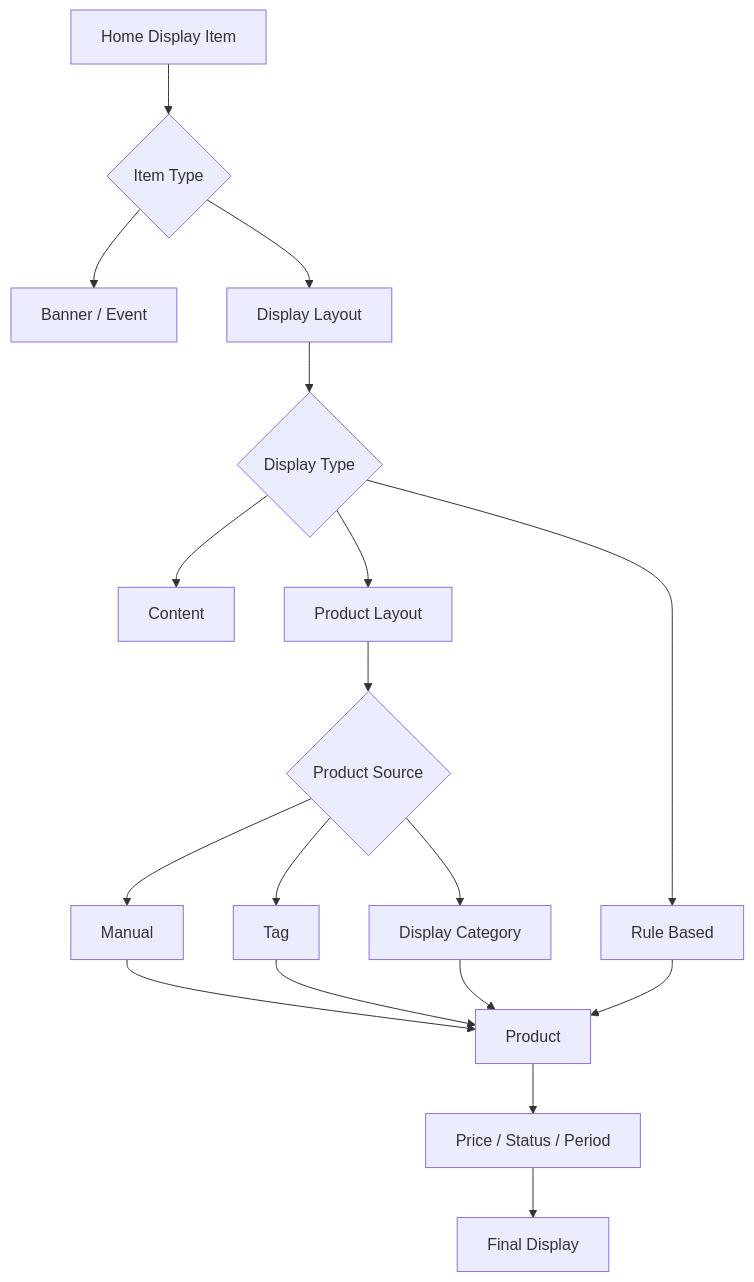
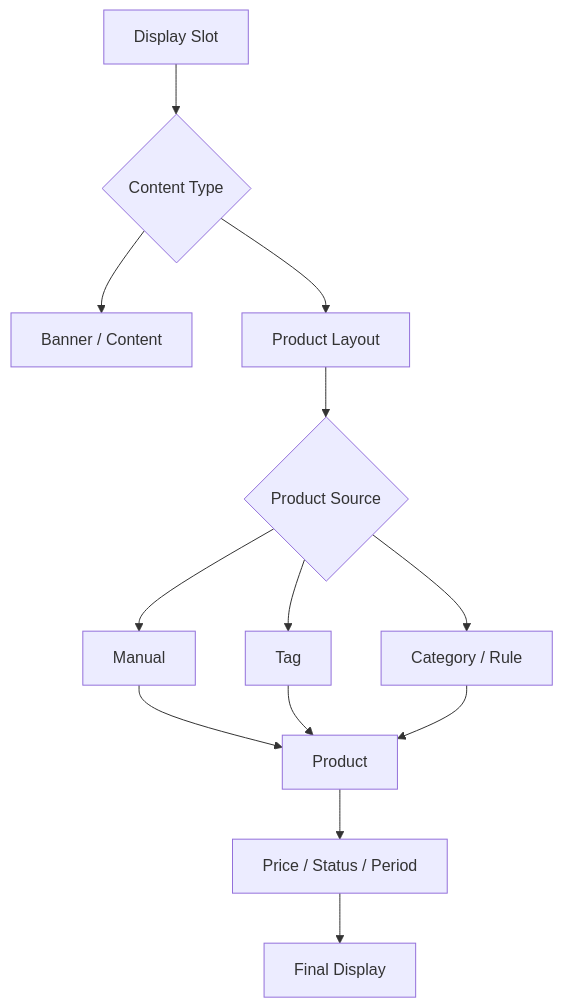
The second of 2 diagrams in resume/zigzag/index.md (dev-wonny/engineering-notes), drawn with Mermaid before and after one commit. The commit also changed other lines of this file, not shown here.

````diff
--- a/resume/zigzag/index.md
+++ b/resume/zigzag/index.md
@@ -257,20 +152,15 @@
 ```mermaid
 flowchart TD
-    A[Home Display Item] --> B{Item Type}
-    B --> C[Banner / Event]
-    B --> D[Display Layout]
-    D --> E{Display Type}
-    E --> F[Content]
-    E --> G[Rule Based]
-    E --> H[Product Layout]
-    H --> I{Product Source}
-    I --> J[Manual]
-    I --> K[Tag]
-    I --> L[Display Category]
-    J --> M[Product]
-    K --> M
-    L --> M
-    G --> M
-    M --> N[Price / Status / Period]
-    N --> O[Final Display]
+    A[Display Slot] --> B{Content Type}
+    B --> C[Banner / Content]
+    B --> D[Product Layout]
+    D --> E{Product Source}
+    E --> F[Manual]
+    E --> G[Tag]
+    E --> H[Category / Rule]
+    F --> I[Product]
+    G --> I
+    H --> I
+    I --> J[Price / Status / Period]
+    J --> K[Final Display]
 ```
````
